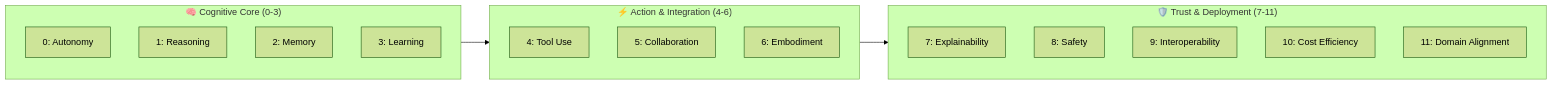
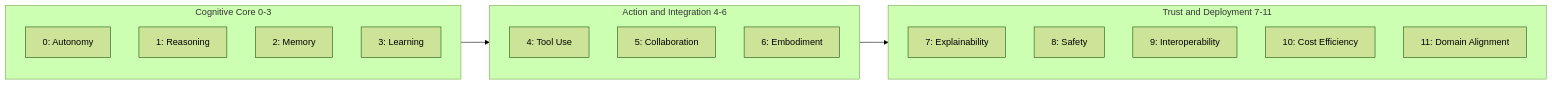
Before and after one commit to snchande/Arima-AiCMM: the first of 6 diagrams in docs/PRODUCT-BROCHURE.md, drawn with Mermaid (forest theme). The commit also changed other lines of this file and 1 other file, not shown here.

First line of the commit message:
Add copy-paste CLI recipes and fix Mermaid diagrams

````diff
--- a/docs/PRODUCT-BROCHURE.md
+++ b/docs/PRODUCT-BROCHURE.md
@@ -68,25 +69,22 @@
 ```mermaid
 graph LR
-    subgraph CognitiveCore["🧠 Cognitive Core (0-3)"]
+    subgraph CognitiveCore["Cognitive Core 0-3"]
         A[0: Autonomy]
         B[1: Reasoning]
         C[2: Memory]
         D[3: Learning]
     end
-
-    subgraph ActionIntegration["⚡ Action & Integration (4-6)"]
+    subgraph ActionIntegration["Action and Integration 4-6"]
         E[4: Tool Use]
         F[5: Collaboration]
         G[6: Embodiment]
     end
-
-    subgraph TrustDeployment["🛡️ Trust & Deployment (7-11)"]
+    subgraph TrustDeployment["Trust and Deployment 7-11"]
         H[7: Explainability]
         I[8: Safety]
         J[9: Interoperability]
         K[10: Cost Efficiency]
         L[11: Domain Alignment]
     end
-
     CognitiveCore --> ActionIntegration --> TrustDeployment
 ```
````
